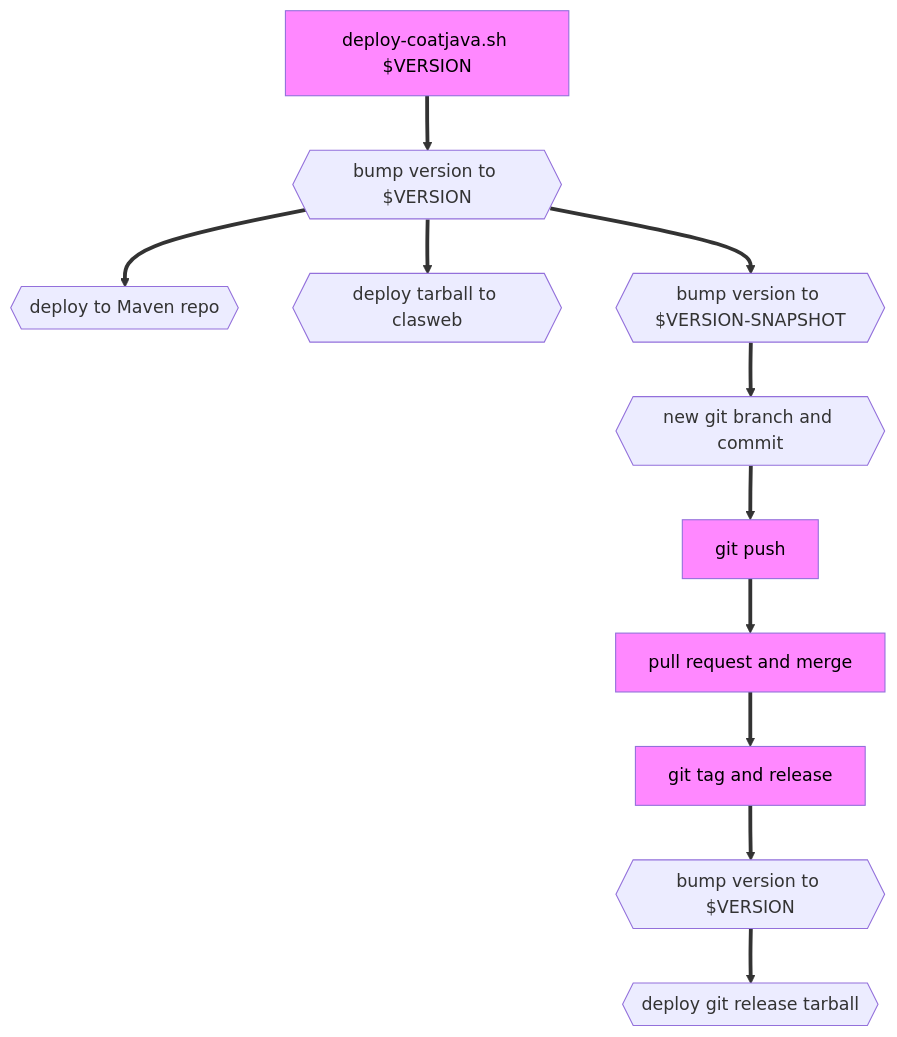
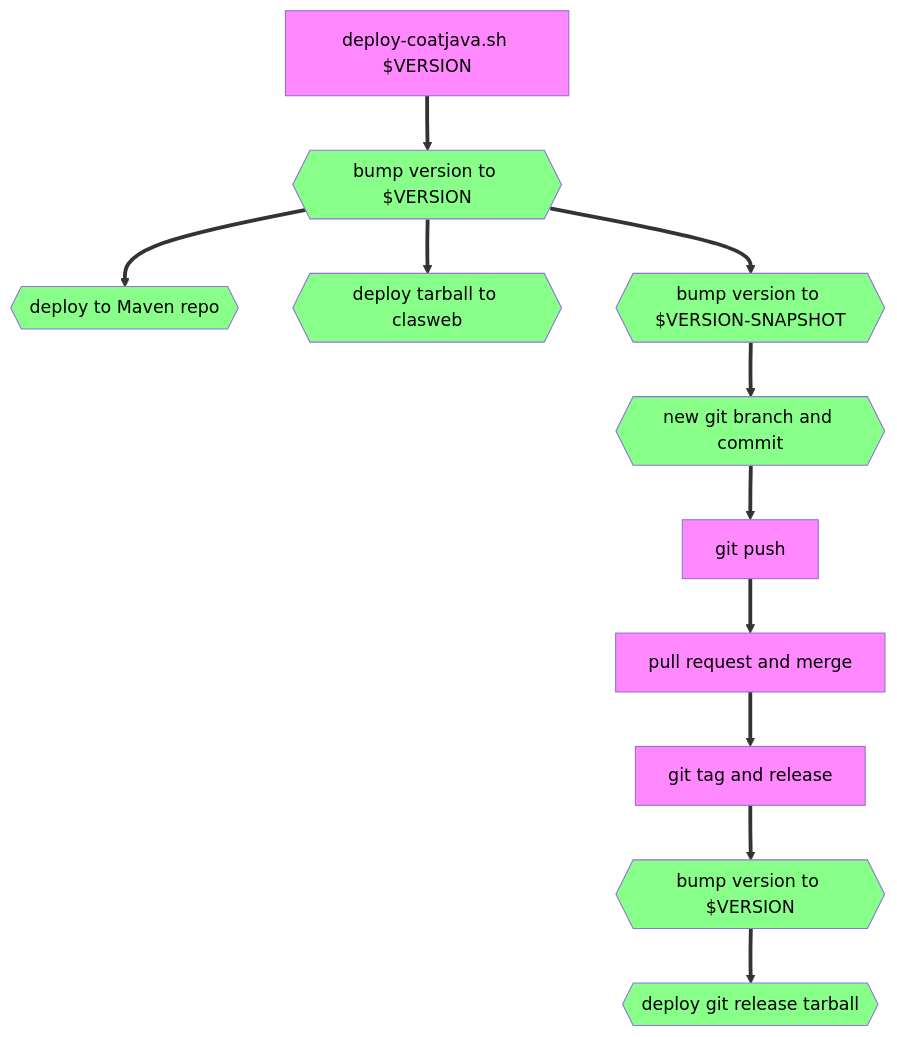
Before and after one commit to JeffersonLab/coatjava: the diagram in docs/dev_notes.md, drawn with Mermaid.

````diff
--- a/docs/dev_notes.md
+++ b/docs/dev_notes.md
@@ -12,24 +12,24 @@
 ```mermaid
 flowchart TB
-    classDef manual fill:#f8f,color:black
-    classDef auto   fill:#8f8,color:black
+    classDef manual    fill:#f8f,color:black
+    classDef automatic fill:#8f8,color:black
 
     deployScript[deploy-coatjava.sh $VERSION]:::manual
     bump1{{bump version to $VERSION}}:::automatic
     deployMaven{{deploy to Maven repo}}:::automatic
     deployTarball{{deploy tarball to clasweb}}:::automatic
     bump2{{bump version to $VERSION-SNAPSHOT}}:::automatic
     gitCommit{{new git branch and commit}}:::automatic
     gitPush[git push]:::manual
     pullRequest[pull request and merge]:::manual
     gitTag[git tag and release]:::manual
     bump3{{bump version to $VERSION}}:::automatic
     deployGit{{deploy git release tarball}}:::automatic
 
     deployScript ==> bump1
     bump1 ==> deployMaven
     bump1 ==> deployTarball
     bump1 ==> bump2 ==> gitCommit
     gitCommit ==> gitPush ==> pullRequest ==> gitTag
     gitTag ==> bump3 ==> deployGit
 ```
````
